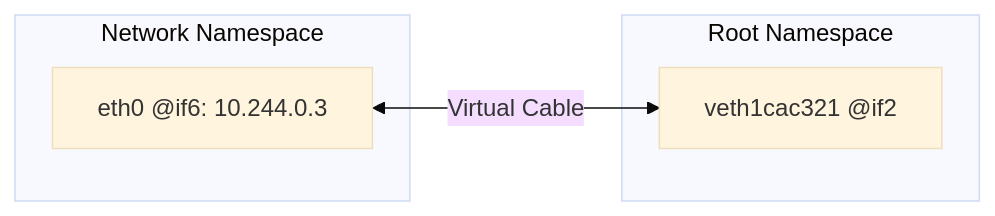
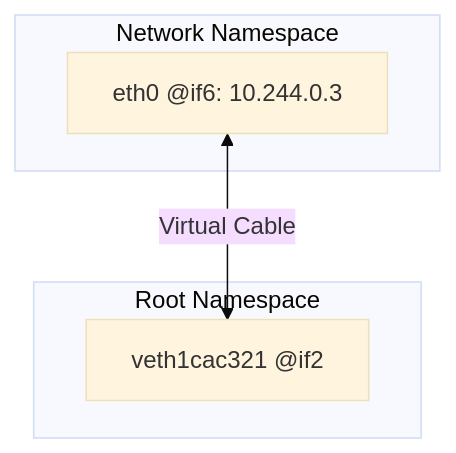
The fifth of 9 diagrams in blog/2026-03-18-pod/index.md (vinhnd20/vinhnd4), drawn with Mermaid (base theme) before and after one commit. The commit also changed other lines of this file and 1 other file, not shown here.

````diff
--- a/blog/2026-03-18-pod/index.md
+++ b/blog/2026-03-18-pod/index.md
@@ -548,10 +558,10 @@
 ```mermaid
-graph LR
+graph TD
     subgraph Pod [Network Namespace]
         eth0[eth0 @if6: 10.244.0.3]
     end
     subgraph Host [Root Namespace]
         veth[veth1cac321 @if2]
     end
     eth0 <-->|Virtual Cable| veth
 ```
````
